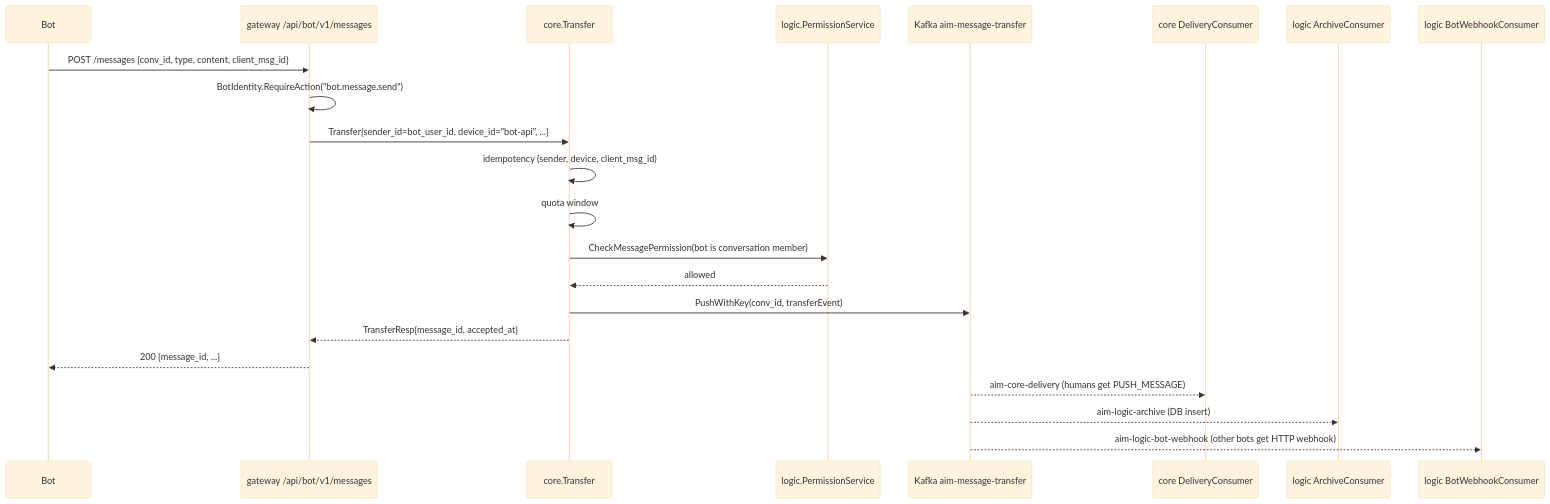
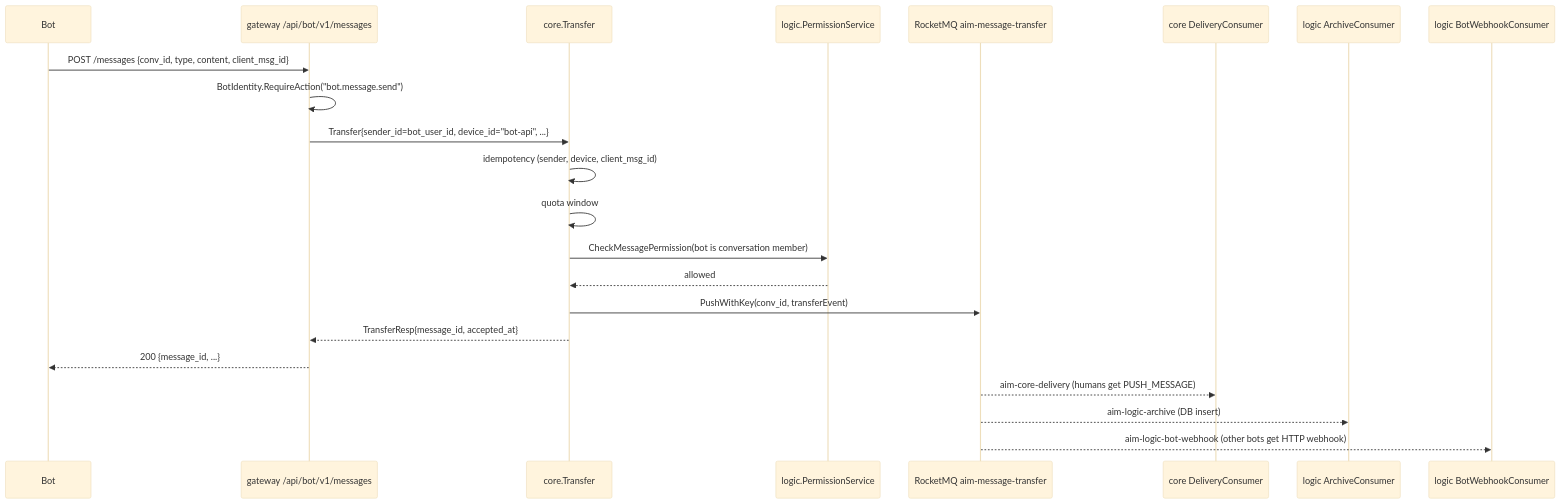
One commit to hellopoisonx/aim changed the third of 3 diagrams in skills/aim-bot-domain/references/architecture.md. Above: the diagram before and after it, drawn with Mermaid (base theme). The commit also changed other lines of this file and 172 other files, not shown here.

````diff
--- a/skills/aim-bot-domain/references/architecture.md
+++ b/skills/aim-bot-domain/references/architecture.md
@@ -64,26 +64,26 @@
 ```mermaid
 sequenceDiagram
   participant Bot
   participant GW as gateway /api/bot/v1/messages
   participant Core as core.Transfer
   participant LG as logic.PermissionService
-  participant K as Kafka aim-message-transfer
+  participant K as RocketMQ aim-message-transfer
   participant DC as core DeliveryConsumer
   participant AC as logic ArchiveConsumer
   participant BWC as logic BotWebhookConsumer
 
   Bot->>GW: POST /messages {conv_id, type, content, client_msg_id}
   GW->>GW: BotIdentity.RequireAction("bot.message.send")
   GW->>Core: Transfer{sender_id=bot_user_id, device_id="bot-api", ...}
   Core->>Core: idempotency (sender, device, client_msg_id)
   Core->>Core: quota window
   Core->>LG: CheckMessagePermission(bot is conversation member)
   LG-->>Core: allowed
   Core->>K: PushWithKey(conv_id, transferEvent)
   Core-->>GW: TransferResp{message_id, accepted_at}
   GW-->>Bot: 200 {message_id, ...}
 
   K-->>DC: aim-core-delivery (humans get PUSH_MESSAGE)
   K-->>AC: aim-logic-archive (DB insert)
   K-->>BWC: aim-logic-bot-webhook (other bots get HTTP webhook)
 ```
````
